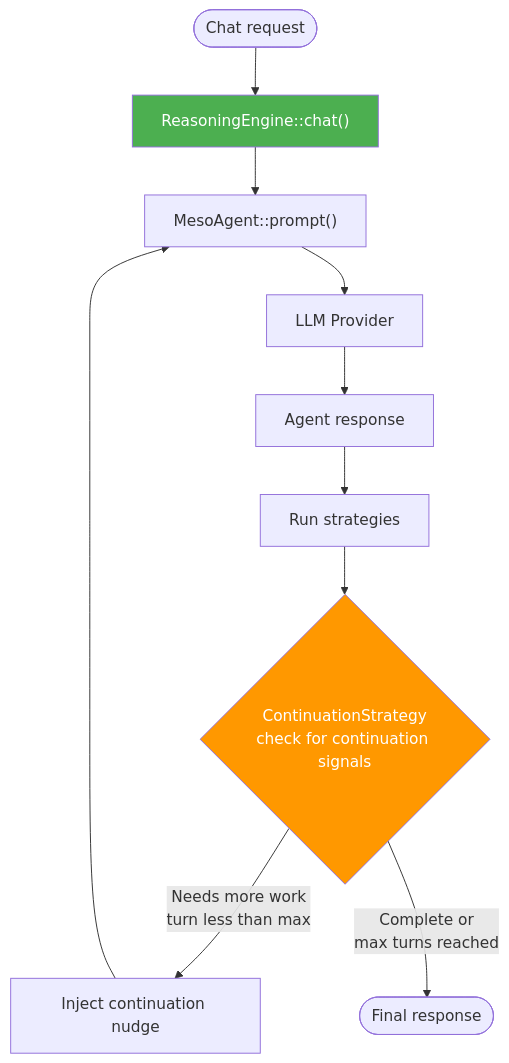
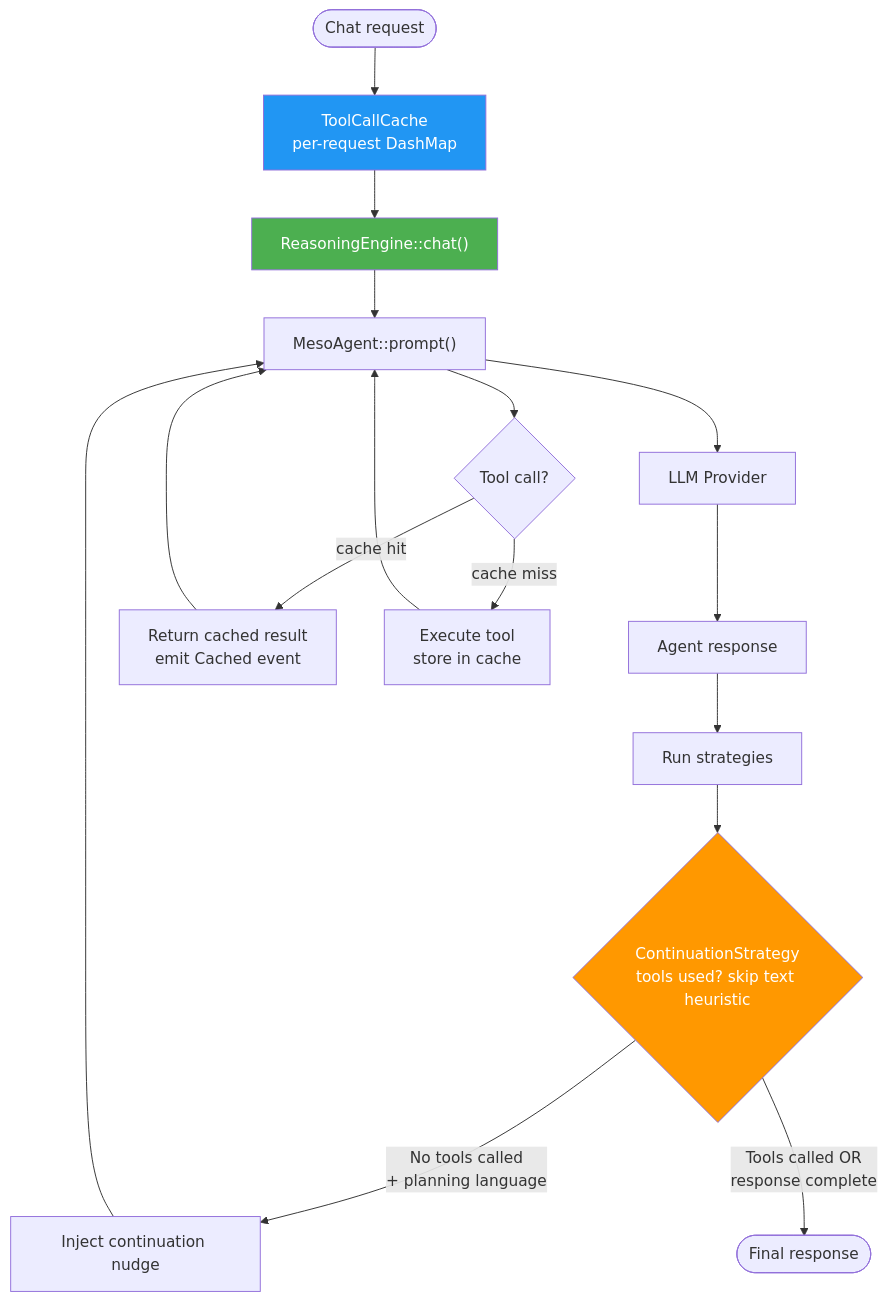
Before and after one commit to sprklai/mesoclaw: diagram 19 of 26 in docs/architecture.md, drawn with Mermaid. The commit also changed other lines of this file and 48 other files, not shown here.

First line of the commit message:
feat: add tool permission system, tool dedup cache, and doc updates

````diff
--- a/docs/architecture.md
+++ b/docs/architecture.md
@@ -1248,16 +1258,24 @@
 ```mermaid
 flowchart TD
-    Chat([Chat request]) --> RE["ReasoningEngine::chat()"]
+    Chat([Chat request]) --> Cache["ToolCallCache<br>per-request DashMap"]
+    Cache --> RE["ReasoningEngine::chat()"]
     RE --> Agent["MesoAgent::prompt()"]
     Agent --> LLM["LLM Provider"]
     LLM --> Response["Agent response"]
     Response --> Strategies["Run strategies"]
 
-    Strategies --> CS{"ContinuationStrategy<br>check for continuation signals"}
-    CS -->|"Needs more work<br>turn less than max"| Nudge["Inject continuation nudge"]
+    Strategies --> CS{"ContinuationStrategy<br>tools used? skip text heuristic"}
+    CS -->|"No tools called<br>+ planning language"| Nudge["Inject continuation nudge"]
     Nudge --> Agent
-    CS -->|"Complete or<br>max turns reached"| Done([Final response])
+    CS -->|"Tools called OR<br>response complete"| Done([Final response])
+
+    Agent --> ToolCall{"Tool call?"}
+    ToolCall -->|cache hit| Cached["Return cached result<br>emit Cached event"]
+    ToolCall -->|cache miss| Execute["Execute tool<br>store in cache"]
+    Execute --> Agent
+    Cached --> Agent
 
     style RE fill:#4CAF50,color:#fff
     style CS fill:#FF9800,color:#fff
+    style Cache fill:#2196F3,color:#fff
 ```
````
